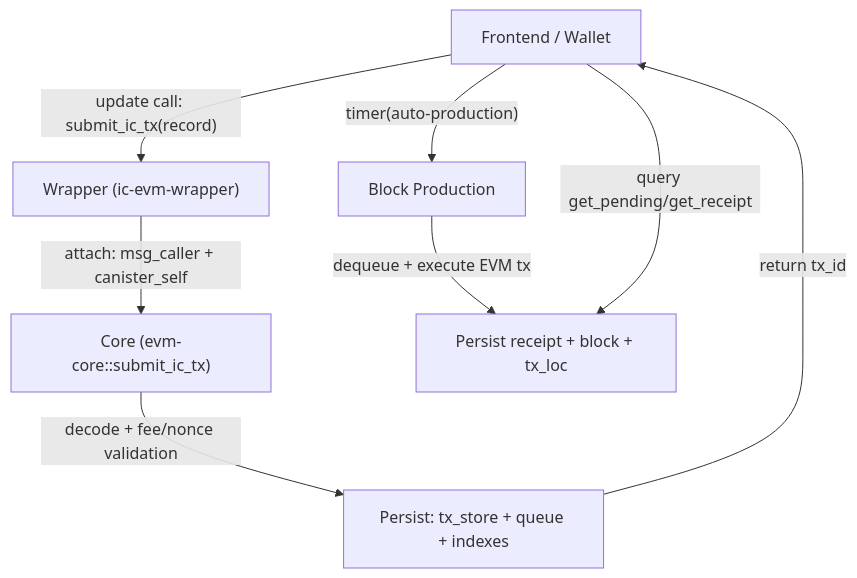
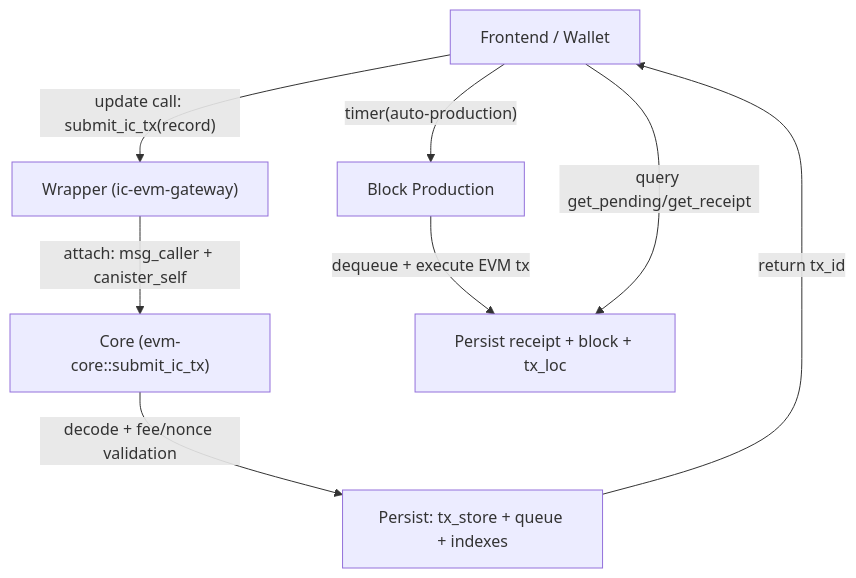
Before and after one commit to humandebri/Kasane: the first of 3 diagrams in README.md, drawn with Mermaid. The commit also changed other lines of this file and 68 other files, not shown here.

````diff
--- a/README.md
+++ b/README.md
@@ -79,10 +79,10 @@
 ```mermaid
 flowchart TD
-  A["Frontend / Wallet"] -->|"update call: submit_ic_tx(record)"| B["Wrapper (ic-evm-wrapper)"]
+  A["Frontend / Wallet"] -->|"update call: submit_ic_tx(record)"| B["Wrapper (ic-evm-gateway)"]
   B -->|"attach: msg_caller + canister_self"| C["Core (evm-core::submit_ic_tx)"]
   C -->|"decode + fee/nonce validation"| D["Persist: tx_store + queue + indexes"]
   D -->|"return tx_id"| A
   A -->|"timer(auto-production)"| E["Block Production"]
   E -->|"dequeue + execute EVM tx"| F["Persist receipt + block + tx_loc"]
   A -->|"query get_pending/get_receipt"| F
 ```
````
